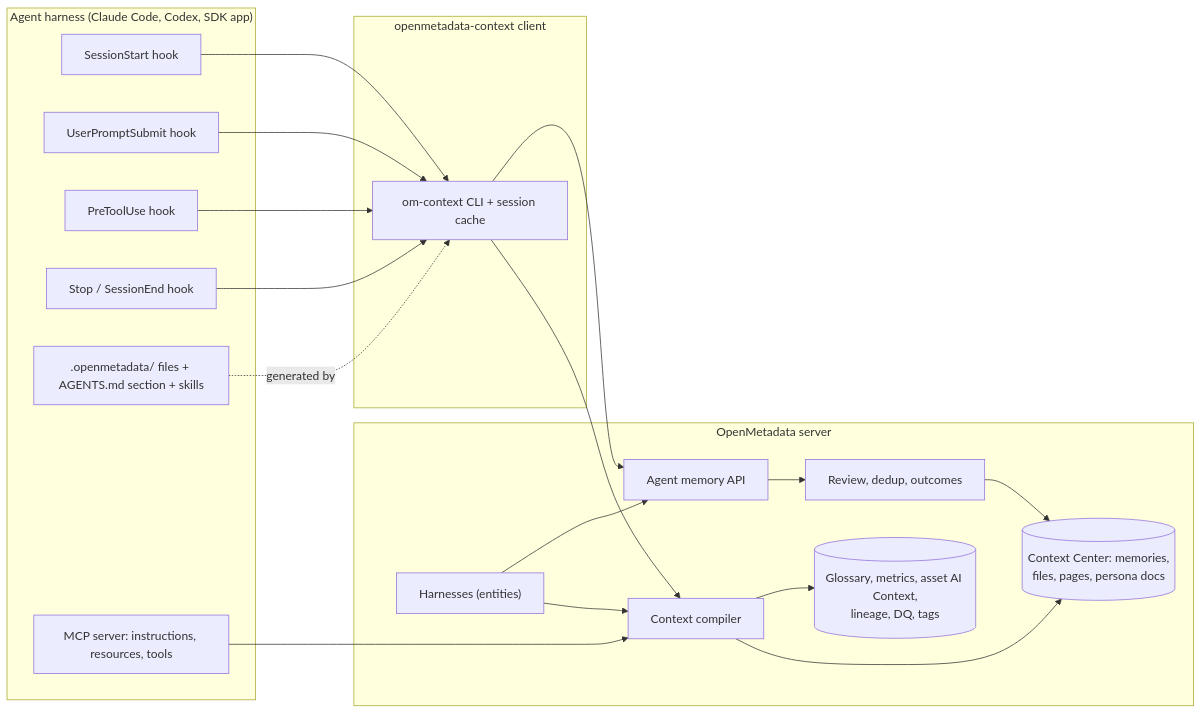
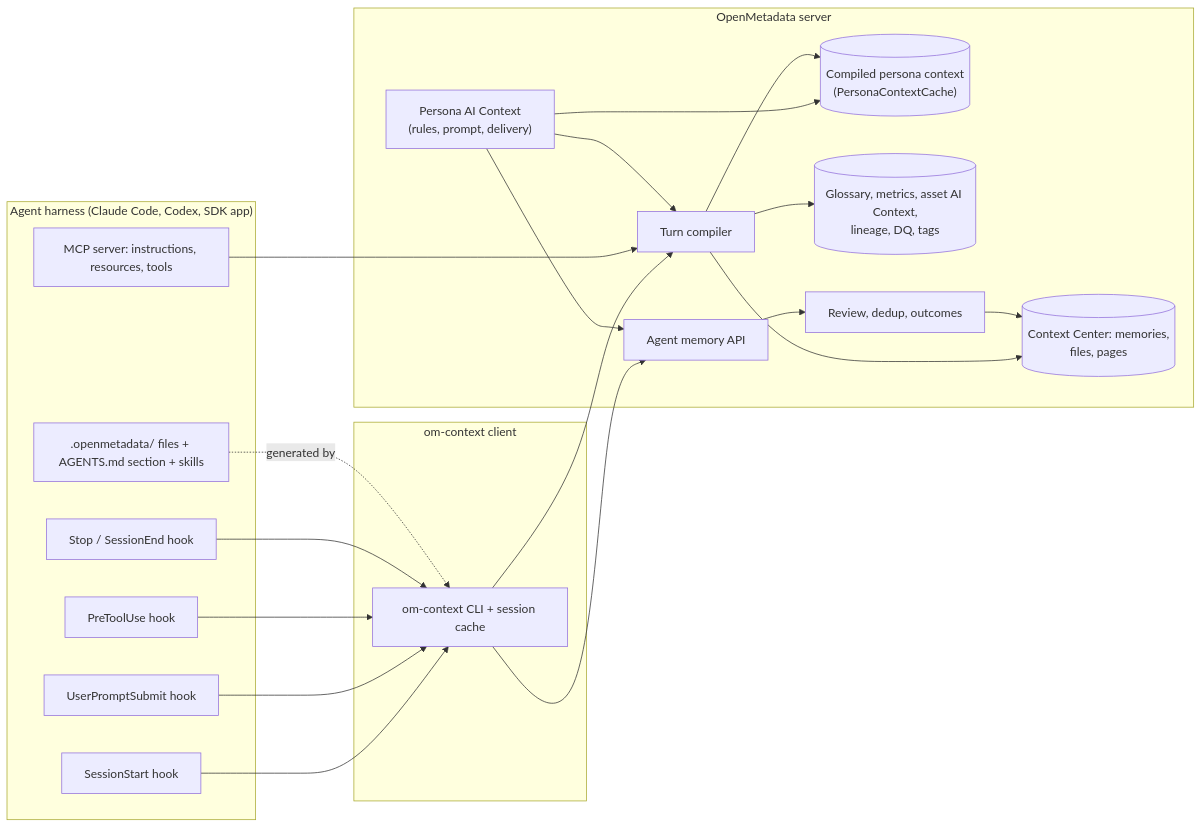
One commit to Jason-Clark-FG/OpenMetadata-FG changed the diagram in docs/plans/2026-11-18-default-context-harness.md. Above: the diagram before and after it, drawn with Mermaid. The commit also changed other lines of this file and 1 other file, not shown here.

First line of the commit message:
docs: build the context harness on Persona AI Context

````diff
--- a/docs/plans/2026-11-18-default-context-harness.md
+++ b/docs/plans/2026-11-18-default-context-harness.md
@@ -66,29 +82,31 @@
 ```mermaid
 flowchart LR
   subgraph Harness["Agent harness (Claude Code, Codex, SDK app)"]
     H1[SessionStart hook]
     H2[UserPromptSubmit hook]
     H3[PreToolUse hook]
     H4[Stop / SessionEnd hook]
     F[".openmetadata/ files + AGENTS.md section + skills"]
     M[MCP server: instructions, resources, tools]
   end
-  subgraph Client["openmetadata-context client"]
+  subgraph Client["om-context client"]
     C[om-context CLI + session cache]
   end
   subgraph Server["OpenMetadata server"]
-    P["Harnesses (entities)"]
-    K[Context compiler]
+    P["Persona AI Context<br/>(rules, prompt, delivery)"]
+    K[Turn compiler]
     W[Agent memory API]
-    CC[("Context Center: memories,<br/>files, pages, persona docs")]
+    CC[("Context Center: memories,<br/>files, pages")]
+    PC[("Compiled persona context<br/>(PersonaContextCache)")]
     G[("Glossary, metrics, asset AI Context,<br/>lineage, DQ, tags")]
     R["Review, dedup, outcomes"]
   end
   H1 & H2 & H3 --> C --> K
   H4 --> C --> W
   F -. generated by .-> C
   M --> K
   P --> K & W
-  K --> CC & G
+  P --> PC
+  K --> PC & CC & G
   W --> R --> CC
 ```
````
